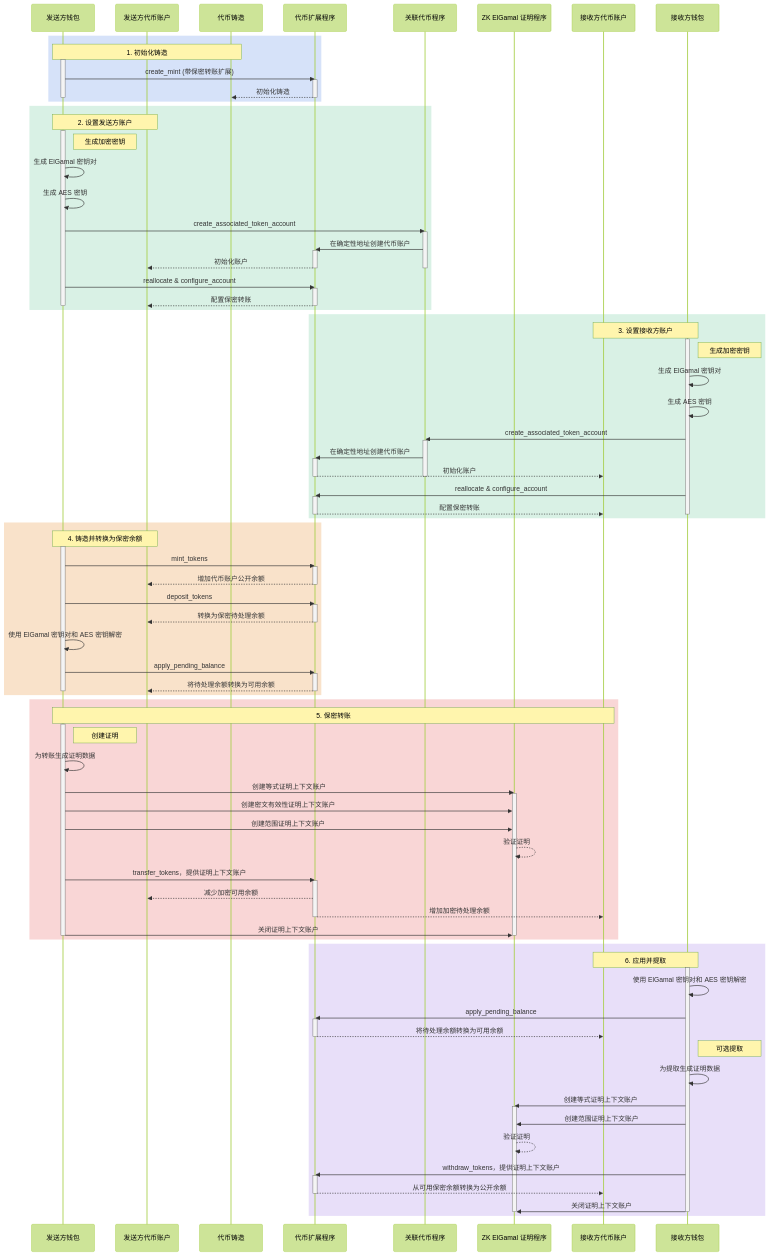
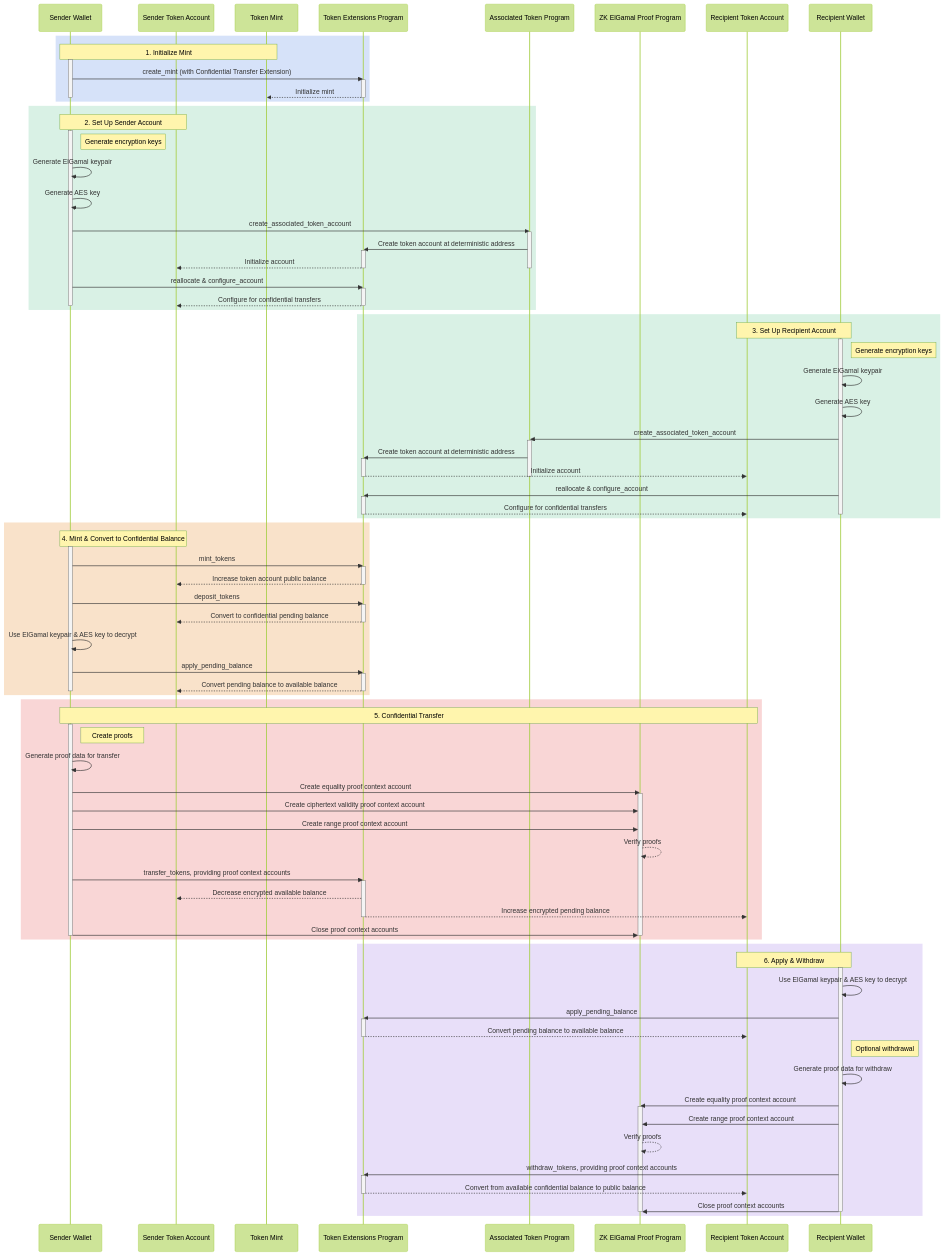
Before and after one commit to solana-foundation/solana-com: the second of 2 diagrams in content/docs/zh/tokens/extensions/confidential-transfer/index.mdx, drawn with Mermaid (forest theme). The commit also changed other lines of this file and 38 other files, not shown here.

````diff
--- a/content/docs/zh/tokens/extensions/confidential-transfer/index.mdx
+++ b/content/docs/zh/tokens/extensions/confidential-transfer/index.mdx
@@ -79,141 +59,141 @@
 ```mermaid title="Confidential Transfer Detailed Overview"
 sequenceDiagram
-    participant Sender as 发送方钱包
-    participant SenderAccount as 发送方代币账户
-    participant Mint as 代币铸造
-    participant Token22 as 代币扩展程序
-    participant ATAProgram as 关联代币程序
-    participant ElGamal as ZK ElGamal 证明程序
-    participant RecipientAccount as 接收方代币账户
-    participant Recipient as 接收方钱包
+    participant Sender as Sender Wallet
+    participant SenderAccount as Sender Token Account
+    participant Mint as Token Mint
+    participant Token22 as Token Extensions Program
+    participant ATAProgram as Associated Token Program
+    participant ElGamal as ZK ElGamal Proof Program
+    participant RecipientAccount as Recipient Token Account
+    participant Recipient as Recipient Wallet
 
     rect rgba(120, 160, 235, 0.3)
-    Note over Sender,Mint: 1. 初始化铸造
+    Note over Sender,Mint: 1. Initialize Mint
 
     activate Sender
-    Sender->>Token22: create_mint (带保密转账扩展)
+    Sender->>Token22: create_mint (with Confidential Transfer Extension)
     activate Token22
-    Token22-->>Mint: 初始化铸造
+    Token22-->>Mint: Initialize mint
     deactivate Token22
     deactivate Sender
     end
 
     rect rgba(130, 210, 170, 0.3)
-    Note over Sender,SenderAccount: 2. 设置发送方账户
+    Note over Sender,SenderAccount: 2. Set Up Sender Account
 
     activate Sender
-    Note right of Sender: 生成加密密钥
-    Sender->>Sender: 生成 ElGamal 密钥对
-    Sender->>Sender: 生成 AES 密钥
+    Note right of Sender: Generate encryption keys
+    Sender->>Sender: Generate ElGamal keypair
+    Sender->>Sender: Generate AES key
 
     Sender->>ATAProgram: create_associated_token_account
     activate ATAProgram
-    ATAProgram->>Token22: 在确定性地址创建代币账户
+    ATAProgram->>Token22: Create token account at deterministic address
     activate Token22
-    Token22-->>SenderAccount: 初始化账户
+    Token22-->>SenderAccount: Initialize account
     deactivate Token22
     deactivate ATAProgram
 
     Sender->>Token22: reallocate & configure_account
     activate Token22
-    Token22-->>SenderAccount: 配置保密转账
+    Token22-->>SenderAccount: Configure for confidential transfers
     deactivate Token22
     deactivate Sender
     end
 
     rect rgba(130, 210, 170, 0.3)
-    Note over Recipient,RecipientAccount: 3. 设置接收方账户
+    Note over Recipient,RecipientAccount: 3. Set Up Recipient Account
 
     activate Recipient
-    Note right of Recipient: 生成加密密钥
-    Recipient->>Recipient: 生成 ElGamal 密钥对
-    Recipient->>Recipient: 生成 AES 密钥
+    Note right of Recipient: Generate encryption keys
+    Recipient->>Recipient: Generate ElGamal keypair
+    Recipient->>Recipient: Generate AES key
 
     Recipient->>ATAProgram: create_associated_token_account
     activate ATAProgram
-    ATAProgram->>Token22: 在确定性地址创建代币账户
+    ATAProgram->>Token22: Create token account at deterministic address
     activate Token22
-    Token22-->>RecipientAccount: 初始化账户
+    Token22-->>RecipientAccount: Initialize account
     deactivate Token22
     deactivate ATAProgram
 
     Recipient->>Token22: reallocate & configure_account
     activate Token22
-    Token22-->>RecipientAccount: 配置保密转账
+    Token22-->>RecipientAccount: Configure for confidential transfers
     deactivate Token22
     deactivate Recipient
     end
 
     rect rgba(235, 160, 80, 0.3)
-    Note over Sender,SenderAccount: 4. 铸造并转换为保密余额
+    Note over Sender,SenderAccount: 4. Mint & Convert to Confidential Balance
 
     activate Sender
     Sender->>Token22: mint_tokens
     activate Token22
-    Token22-->>SenderAccount: 增加代币账户公开余额
+    Token22-->>SenderAccount: Increase token account public balance
     deactivate Token22
 
     Sender->>Token22: deposit_tokens
     activate Token22
-    Token22-->>SenderAccount: 转换为保密待处理余额
+    Token22-->>SenderAccount: Convert to confidential pending balance
     deactivate Token22
 
-    Sender->>Sender: 使用 ElGamal 密钥对和 AES 密钥解密
+    Sender->>Sender: Use ElGamal keypair & AES key to decrypt
     Sender->>Token22: apply_pending_balance
     activate Token22
-    Token22-->>SenderAccount: 将待处理余额转换为可用余额
+    Token22-->>SenderAccount: Convert pending balance to available balance
     deactivate Token22
     deactivate Sender
     end
 
     rect rgba(235, 120, 120, 0.3)
-    Note over Sender,RecipientAccount: 5. 保密转账
+    Note over Sender,RecipientAccount: 5. Confidential Transfer
 
     activate Sender
-    Note right of Sender: 创建证明
-    Sender->>Sender: 为转账生成证明数据
+    Note right of Sender: Create proofs
+    Sender->>Sender: Generate proof data for transfer
 
-    Sender->>ElGamal: 创建等式证明上下文账户
+    Sender->>ElGamal: Create equality proof context account
     activate ElGamal
-    Sender->>ElGamal: 创建密文有效性证明上下文账户
-    Sender->>ElGamal: 创建范围证明上下文账户
-    ElGamal-->>ElGamal: 验证证明
+    Sender->>ElGamal: Create ciphertext validity proof context account
+    Sender->>ElGamal: Create range proof context account
+    ElGamal-->>ElGamal: Verify proofs
 
-    Sender->>Token22: transfer_tokens，提供证明上下文账户
+    Sender->>Token22: transfer_tokens, providing proof context accounts
     activate Token22
-    Token22-->>SenderAccount: 减少加密可用余额
-    Token22-->>RecipientAccount: 增加加密待处理余额
+    Token22-->>SenderAccount: Decrease encrypted available balance
+    Token22-->>RecipientAccount: Increase encrypted pending balance
     deactivate Token22
 
-    Sender->>ElGamal: 关闭证明上下文账户
+    Sender->>ElGamal: Close proof context accounts
     deactivate ElGamal
     deactivate Sender
     end
 
     rect rgba(180, 150, 235, 0.3)
-    Note over Recipient,RecipientAccount: 6. 应用并提取
+    Note over Recipient,RecipientAccount: 6. Apply & Withdraw
 
     activate Recipient
-    Recipient->>Recipient: 使用 ElGamal 密钥对和 AES 密钥解密
+    Recipient->>Recipient: Use ElGamal keypair & AES key to decrypt
     Recipient->>Token22: apply_pending_balance
     activate Token22
-    Token22-->>RecipientAccount: 将待处理余额转换为可用余额
+    Token22-->>RecipientAccount: Convert pending balance to available balance
     deactivate Token22
 
-    Note right of Recipient: 可选提取
-    Recipient->>Recipient: 为提取生成证明数据
+    Note right of Recipient: Optional withdrawal
+    Recipient->>Recipient: Generate proof data for withdraw
 
-    Recipient->>ElGamal: 创建等式证明上下文账户
+    Recipient->>ElGamal: Create equality proof context account
     activate ElGamal
-    Recipient->>ElGamal: 创建范围证明上下文账户
-    ElGamal-->>ElGamal: 验证证明
+    Recipient->>ElGamal: Create range proof context account
+    ElGamal-->>ElGamal: Verify proofs
 
-    Recipient->>Token22: withdraw_tokens，提供证明上下文账户
+    Recipient->>Token22: withdraw_tokens, providing proof context accounts
     activate Token22
-    Token22-->>RecipientAccount: 从可用保密余额转换为公开余额
+    Token22-->>RecipientAccount: Convert from available confidential balance to public balance
     deactivate Token22
 
-    Recipient->>ElGamal: 关闭证明上下文账户
+    Recipient->>ElGamal: Close proof context accounts
     deactivate ElGamal
     deactivate Recipient
     end
````
